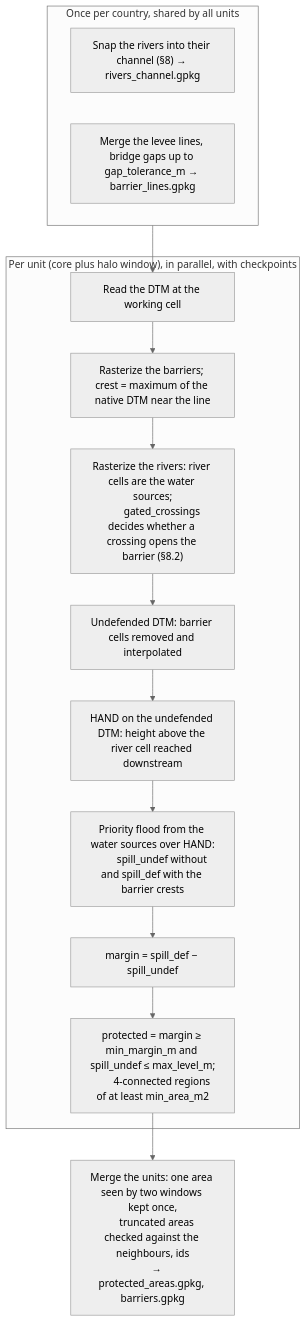
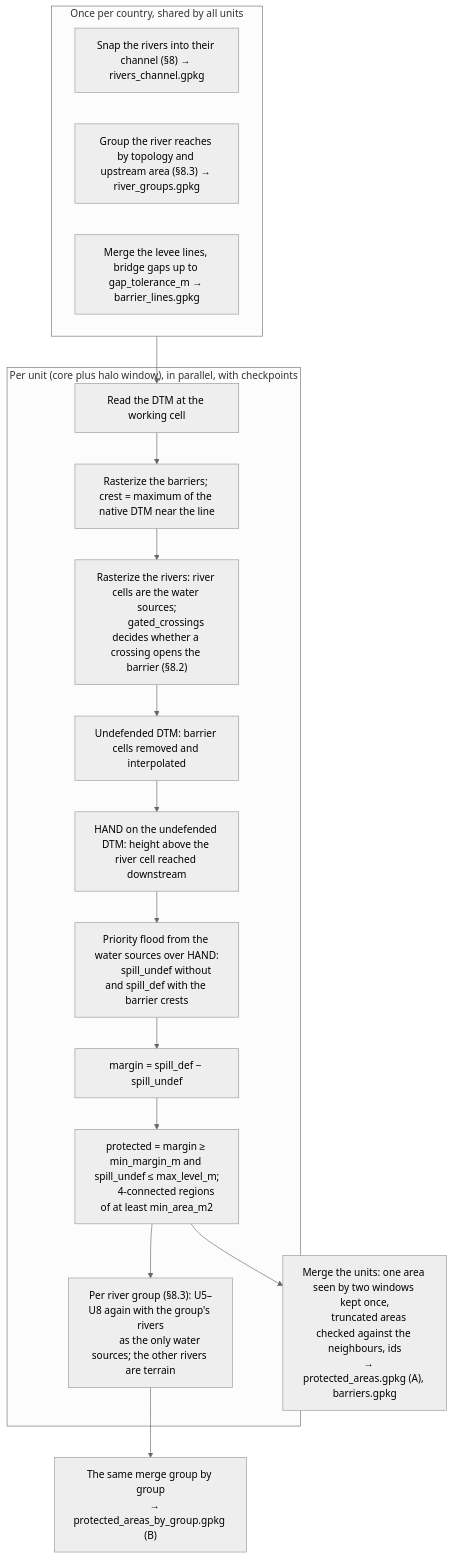
Before and after one commit to zapletalj-cze/flood_defenses: the second of 4 diagrams in README.md, drawn with Mermaid (neutral theme). The commit also changed other lines of this file and 5 other files, not shown here.

First line of the commit message:
Stage G: protected areas per river group (file B)

````diff
--- a/README.md
+++ b/README.md
@@ -397,24 +403,30 @@
 ```mermaid
 flowchart TD
     subgraph C["Once per country, shared by all units"]
         S1["Snap the rivers into their channel (§8) → rivers_channel.gpkg"]
+        S3["Group the river reaches by topology and upstream area (§8.3) → river_groups.gpkg"]
         S2["Merge the levee lines, bridge gaps up to gap_tolerance_m → barrier_lines.gpkg"]
     end
     subgraph U["Per unit (core plus halo window), in parallel, with checkpoints"]
         U1["Read the DTM at the working cell"]
         U2["Rasterize the barriers; crest = maximum of the native DTM near the line"]
         U3["Rasterize the rivers: river cells are the water sources;
         gated_crossings decides whether a crossing opens the barrier (§8.2)"]
         U4["Undefended DTM: barrier cells removed and interpolated"]
         U5["HAND on the undefended DTM: height above the river cell reached downstream"]
         U6["Priority flood from the water sources over HAND:
         spill_undef without and spill_def with the barrier crests"]
         U7["margin = spill_def − spill_undef"]
         U8["protected = margin ≥ min_margin_m and spill_undef ≤ max_level_m;
         4-connected regions of at least min_area_m2"]
+        U9["Per river group (§8.3): U5–U8 again with the group's rivers
+        as the only water sources; the other rivers are terrain"]
     end
     M["Merge the units: one area seen by two windows kept once,
     truncated areas checked against the neighbours, ids
-    → protected_areas.gpkg, barriers.gpkg"]
+    → protected_areas.gpkg (A), barriers.gpkg"]
+    MB["The same merge group by group
+    → protected_areas_by_group.gpkg (B)"]
     C --> U1 --> U2 --> U3 --> U4 --> U5 --> U6 --> U7 --> U8 --> M
+    U8 --> U9 --> MB
 ```
````
